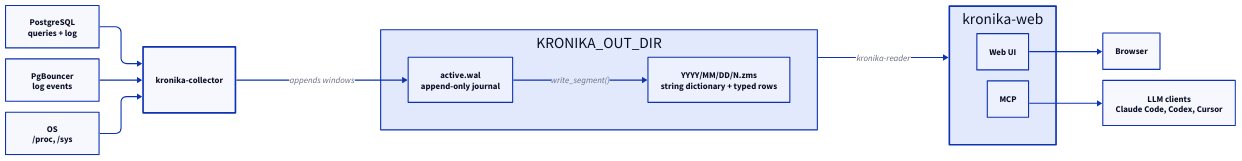
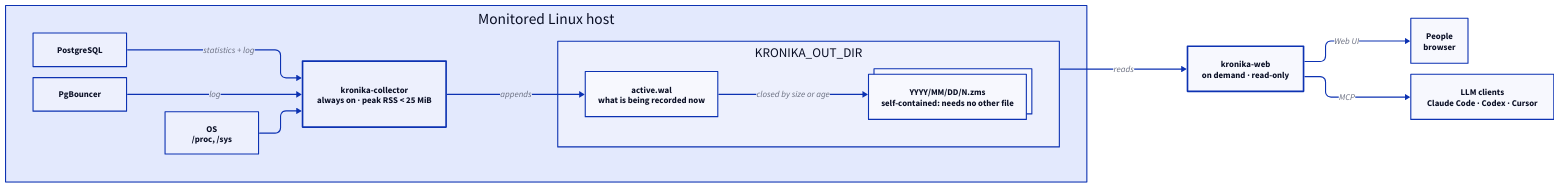
Before and after one commit to vadv/Kronika: the diagram in docs/diagrams/architecture.d2, drawn with D2. The commit also changed 1 other file, not shown here.

Commit message:
docs: make the architecture diagram say who runs where and why it matters
The picture told a generic pipeline story in code vocabulary:
function and crate names as edge labels, the segment's defining
property demoted to a format detail. Now the monitored host is a
boundary, the collector carries its always-on and sub-25-MiB terms,
the segment carries its needs-no-other-file property, and web sits
outside as an on-demand read-only process serving people over the
interface and LLM clients over MCP.

Claude-Session: https://claude.ai/code/session_01PLmQWZzFXFZKMCWR7PAw1n

```diff
--- a/docs/diagrams/architecture.d2
+++ b/docs/diagrams/architecture.d2
@@ -1,43 +1,45 @@
 # Kronika architecture. Regenerate the committed SVG with `make diagrams`.
 
 vars: {
   d2-config: {
     layout-engine: elk
   }
 }
 
 direction: right
 
-pg: PostgreSQL\nqueries + log {width: 170}
-pgb: PgBouncer\nlog events {width: 170}
-os: OS\n/proc, /sys {width: 170}
+host: Monitored Linux host {
+  pg: PostgreSQL {width: 170}
+  pgb: PgBouncer {width: 170}
+  os: OS\n/proc, /sys {width: 170}
 
-collector: kronika-collector {
+  collector: kronika-collector\nalways on · peak RSS < 25 MiB {
+    style.stroke-width: 3
+  }
+
+  pg -> collector: statistics + log
+  pgb -> collector: log
+  os -> collector
+
+  dir: KRONIKA_OUT_DIR {
+    wal: active.wal\nwhat is being recorded now
+    seg: YYYY/MM/DD/N.zms\nself-contained: needs no other file {
+      style.multiple: true
+    }
+    wal -> seg: closed by size or age
+  }
+
+  collector -> dir.wal: appends
+}
+
+web: kronika-web\non demand · read-only {
   style.stroke-width: 3
 }
 
-pg -> collector
-pgb -> collector
-os -> collector
+host.dir -> web: reads
 
-storage: KRONIKA_OUT_DIR {
-  wal: active.wal\nappend-only journal
-  segment: YYYY/MM/DD/N.zms\nstring dictionary + typed rows
-  wal -> segment: write_segment()
-}
+people: People\nbrowser
+llm: LLM clients\nClaude Code · Codex · Cursor
 
-collector -> storage.wal: appends windows
-
-web: kronika-web {
-  style.stroke-width: 3
-  ui: Web UI
-  mcp: MCP
-}
-
-storage -> web: kronika-reader
-
-browser: Browser
-llm: LLM clients\nClaude Code, Codex, Cursor
-
-web.ui -> browser
-web.mcp -> llm
+web -> people: Web UI
+web -> llm: MCP
```
